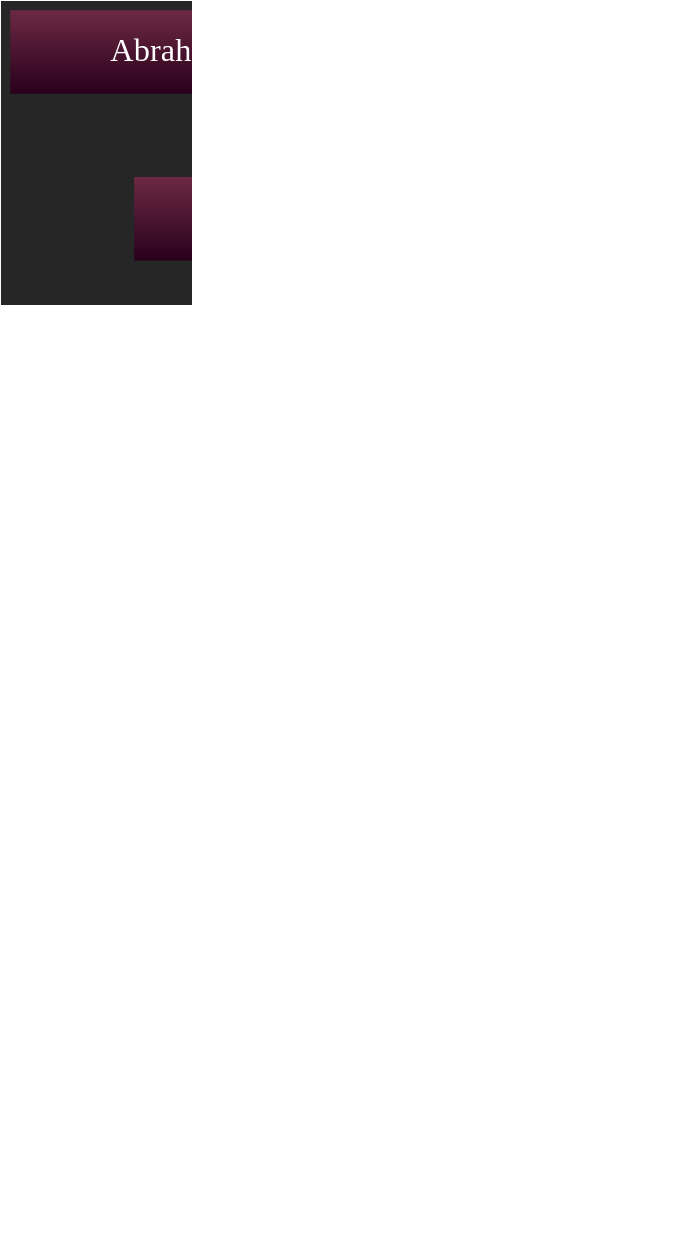
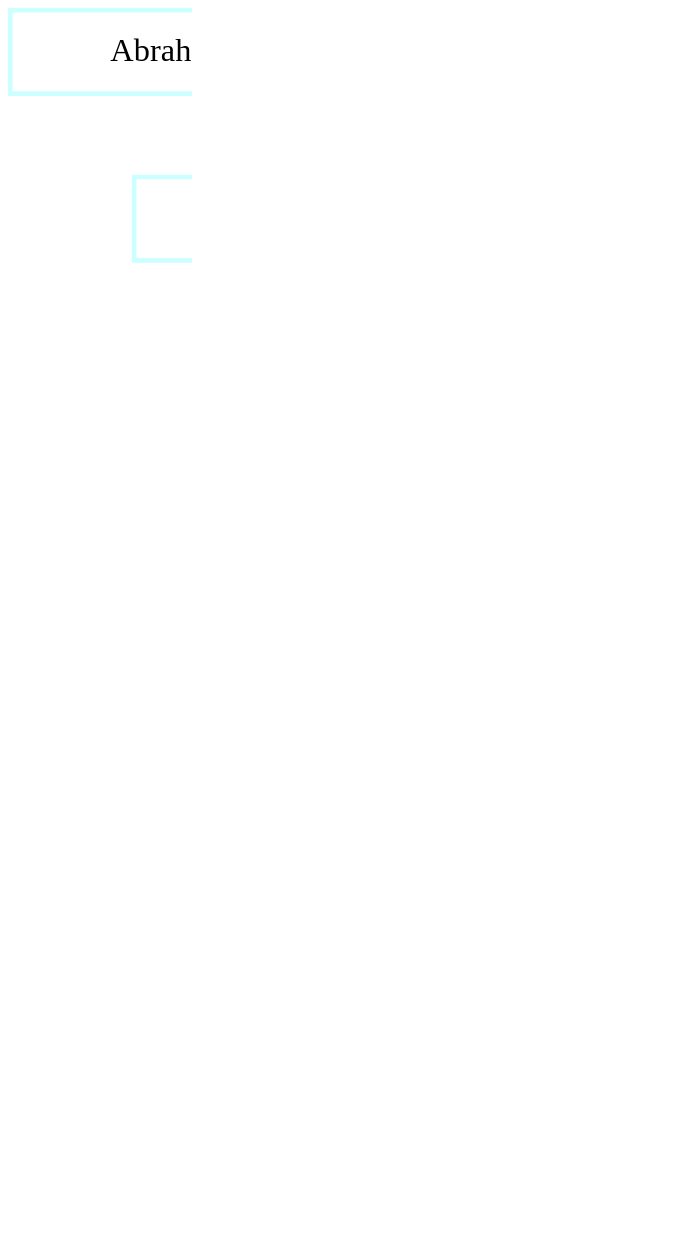
One commit to julianfl0w/Deism changed the diagram in graphs/This_is_our_personal_spiritual_lineage:.dot. Above: the diagram before and after it, drawn with Graphviz. The commit also changed 41 other files, not shown here.

```diff
--- a/graphs/This_is_our_personal_spiritual_lineage:.dot
+++ b/graphs/This_is_our_personal_spiritual_lineage:.dot
@@ -1,24 +1,24 @@
 digraph D {
 rankdir = TB
 style = filled
-fontcolor = white
-color = white
-bgcolor = "#262626"
+fontcolor = black
+color = black
+bgcolor = white
 gradientangle = 0
 dpi = 300
-"cluster_65" [rankdir=TB, shape=box, penwidth=0, color=black, fontcolor=white, fillcolor="#6C2944:#29001C", style=filled, gradientangle=270.05, label="Abraham, who established the first covenant"]
-"cluster_66" [rankdir=TB, shape=box, penwidth=0, color=black, fontcolor=white, fillcolor="#6C2944:#29001C", style=filled, gradientangle=270.05, label="David, who unified the people"]
-"cluster_67" [rankdir=TB, shape=box, penwidth=0, color=black, fontcolor=white, fillcolor="#6C2944:#29001C", style=filled, gradientangle=270.05, label="Jesus, who established the second covenant"]
-"cluster_68" [rankdir=TB, shape=box, penwidth=0, color=black, fontcolor=white, fillcolor="#6C2944:#29001C", style=filled, gradientangle=270.05, label="Paul, who established the church"]
-"cluster_69" [rankdir=TB, shape=box, penwidth=0, color=black, fontcolor=white, fillcolor="#6C2944:#29001C", style=filled, gradientangle=270.05, label="Constantine, who unified the people"]
-"cluster_70" [rankdir=TB, shape=box, penwidth=0, color=black, fontcolor=white, fillcolor="#6C2944:#29001C", style=filled, gradientangle=270.05, label="Thomas Aquinas, who unified the doctrine"]
-"cluster_71" [rankdir=TB, shape=box, penwidth=0, color=black, fontcolor=white, fillcolor="#6C2944:#29001C", style=filled, gradientangle=270.05, label="Martin Luther, who refined the doctrine"]
-"cluster_72" [rankdir=TB, shape=box, penwidth=0, color=black, fontcolor=white, fillcolor="#6C2944:#29001C", style=filled, gradientangle=270.05, label="Julian, who established the third covenant"]
-"cluster_71" -> "cluster_72" [color=white, penwidth=1, ltail="cluster_71", lhead="cluster_72"]
-"cluster_70" -> "cluster_71" [color=white, penwidth=1, ltail="cluster_71", lhead="cluster_72"]
-"cluster_69" -> "cluster_70" [color=white, penwidth=1, ltail="cluster_71", lhead="cluster_72"]
-"cluster_68" -> "cluster_69" [color=white, penwidth=1, ltail="cluster_71", lhead="cluster_72"]
-"cluster_67" -> "cluster_68" [color=white, penwidth=1, ltail="cluster_71", lhead="cluster_72"]
-"cluster_66" -> "cluster_67" [color=white, penwidth=1, ltail="cluster_71", lhead="cluster_72"]
-"cluster_65" -> "cluster_66" [color=white, penwidth=1, ltail="cluster_71", lhead="cluster_72"]
+"cluster_66" [rankdir=TB, shape=box, penwidth=2, color="#ccffff", fontcolor=black, fillcolor=white, style=filled, gradientangle=270.05, label="Abraham, who established the first covenant"]
+"cluster_67" [rankdir=TB, shape=box, penwidth=2, color="#ccffff", fontcolor=black, fillcolor=white, style=filled, gradientangle=270.05, label="David, who unified the people"]
+"cluster_68" [rankdir=TB, shape=box, penwidth=2, color="#ccffff", fontcolor=black, fillcolor=white, style=filled, gradientangle=270.05, label="Jesus, who established the second covenant"]
+"cluster_69" [rankdir=TB, shape=box, penwidth=2, color="#ccffff", fontcolor=black, fillcolor=white, style=filled, gradientangle=270.05, label="Paul, who established the church"]
+"cluster_70" [rankdir=TB, shape=box, penwidth=2, color="#ccffff", fontcolor=black, fillcolor=white, style=filled, gradientangle=270.05, label="Constantine, who unified the people"]
+"cluster_71" [rankdir=TB, shape=box, penwidth=2, color="#ccffff", fontcolor=black, fillcolor=white, style=filled, gradientangle=270.05, label="Thomas Aquinas, who unified the doctrine"]
+"cluster_72" [rankdir=TB, shape=box, penwidth=2, color="#ccffff", fontcolor=black, fillcolor=white, style=filled, gradientangle=270.05, label="Martin Luther, who refined the doctrine"]
+"cluster_73" [rankdir=TB, shape=box, penwidth=2, color="#ccffff", fontcolor=black, fillcolor=white, style=filled, gradientangle=270.05, label="Julian, who established the third covenant"]
+"cluster_72" -> "cluster_73" [color="#ccffff", penwidth=1, ltail="cluster_72", lhead="cluster_73"]
+"cluster_71" -> "cluster_72" [color="#ccffff", penwidth=1, ltail="cluster_72", lhead="cluster_73"]
+"cluster_70" -> "cluster_71" [color="#ccffff", penwidth=1, ltail="cluster_72", lhead="cluster_73"]
+"cluster_69" -> "cluster_70" [color="#ccffff", penwidth=1, ltail="cluster_72", lhead="cluster_73"]
+"cluster_68" -> "cluster_69" [color="#ccffff", penwidth=1, ltail="cluster_72", lhead="cluster_73"]
+"cluster_67" -> "cluster_68" [color="#ccffff", penwidth=1, ltail="cluster_72", lhead="cluster_73"]
+"cluster_66" -> "cluster_67" [color="#ccffff", penwidth=1, ltail="cluster_72", lhead="cluster_73"]
 }
```
